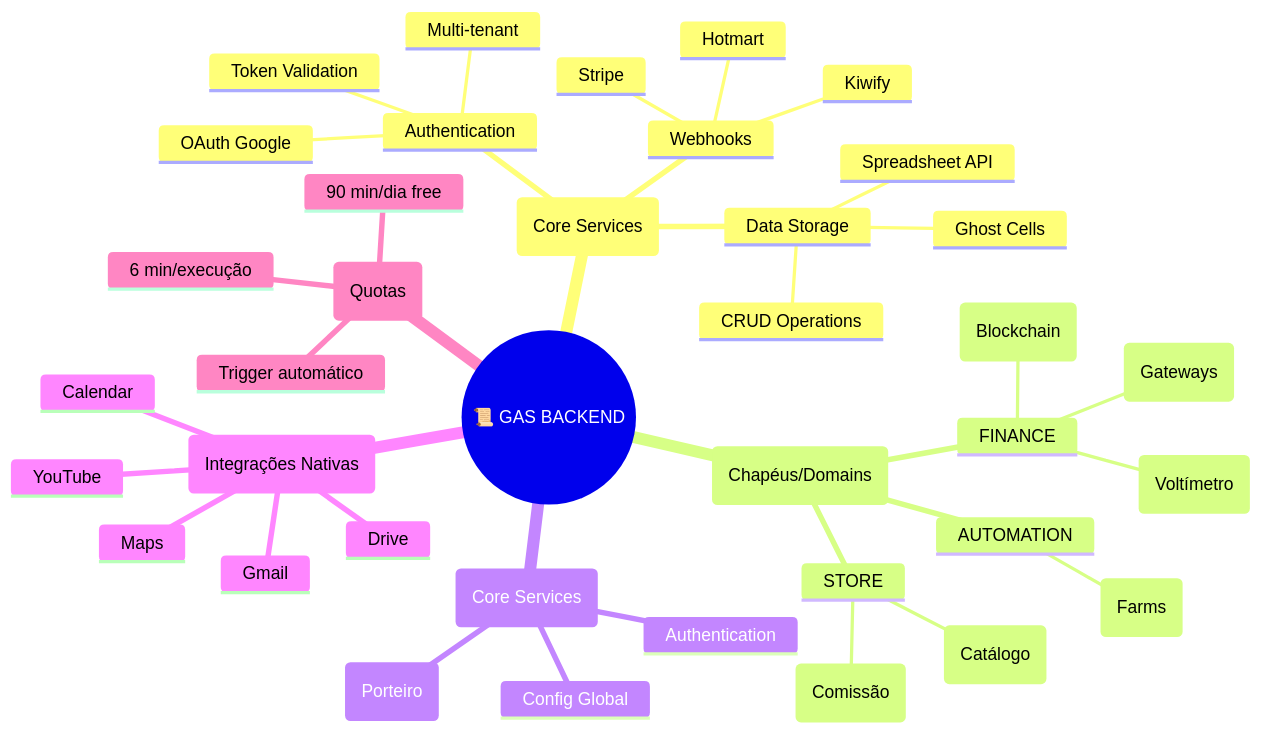
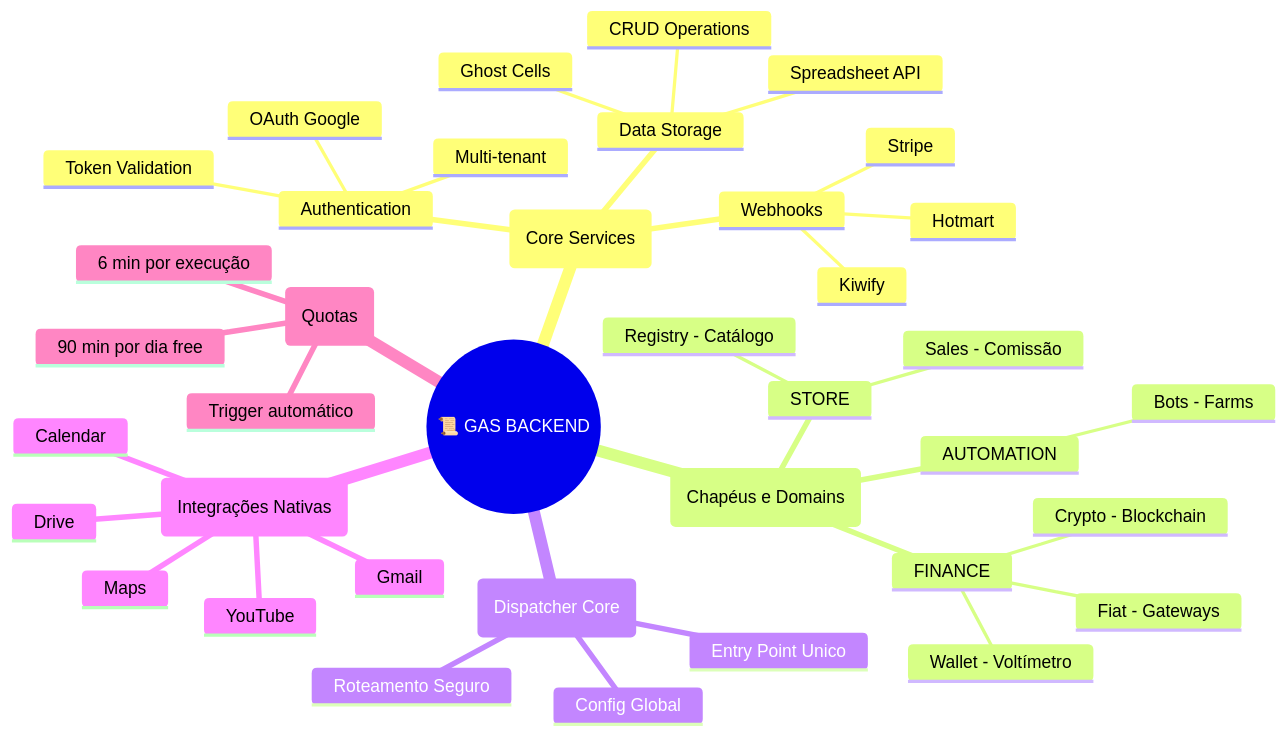
The third of 9 diagrams in docs/PF_MIND_MAPS.md (LucassVal/Panda-Factory), drawn with Mermaid before and after one commit. The commit also changed 599 other files, not shown here.

Commit message:
fix: Mind Maps syntax and duplicates

````diff
--- a/docs/PF_MIND_MAPS.md
+++ b/docs/PF_MIND_MAPS.md
@@ -92,41 +92,41 @@
 ```mermaid
 mindmap
   root((📜 GAS BACKEND))
     (Core Services)
       Authentication
         OAuth Google
         Token Validation
         Multi-tenant
       Data Storage
         Spreadsheet API
         CRUD Operations
         Ghost Cells
       Webhooks
         Kiwify
         Hotmart
         Stripe
-    (Chapéus/Domains)
+    (Chapéus e Domains)
       FINANCE
-        Wallet (Voltímetro)
-        Fiat (Gateways)
-        Crypto (Blockchain)
+        Wallet - Voltímetro
+        Fiat - Gateways
+        Crypto - Blockchain
       STORE
-        Registry (Catálogo)
-        Sales (Comissão)
+        Registry - Catálogo
+        Sales - Comissão
       AUTOMATION
-        Bots (Farms)
-    (Core Services)
-      Dispatcher (Porteiro)
-      Authentication
+        Bots - Farms
+    (Dispatcher Core)
+      Entry Point Unico
+      Roteamento Seguro
       Config Global
     (Integrações Nativas)
       Gmail
       Calendar
       Drive
       Maps
       YouTube
     (Quotas)
-      6 min/execução
-      90 min/dia free
+      6 min por execução
+      90 min por dia free
       Trigger automático
 ```
````
